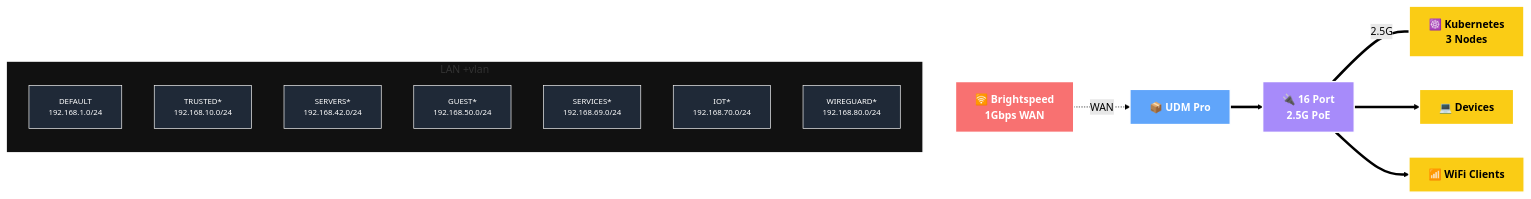
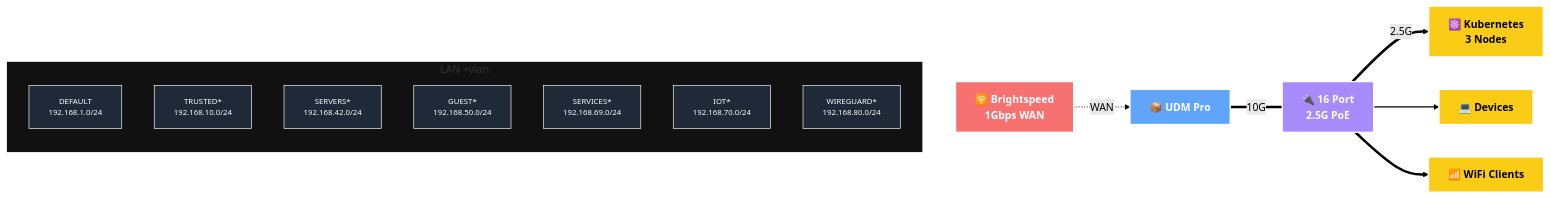
The second of 2 diagrams in README.md (caycehouse/home-ops), drawn with Mermaid (forest theme) before and after one commit. The commit also changed other lines of this file, not shown here.

````diff
--- a/README.md
+++ b/README.md
@@ -100,47 +100,46 @@
 ```mermaid
 graph LR
     %% Class Definitions
     classDef isp fill:#f87171,stroke:#fff,stroke-width:2px,color:#fff,font-weight:bold;
     classDef core fill:#60a5fa,stroke:#fff,stroke-width:2px,color:#fff,font-weight:bold;
     classDef switch fill:#a78bfa,stroke:#fff,stroke-width:2px,color:#fff,font-weight:bold;
     classDef device fill:#facc15,stroke:#fff,stroke-width:2px,color:#000,font-weight:bold;
     classDef vlan fill:#1f2937,stroke:#fff,stroke-width:1px,color:#fff,font-size:12px;
 
     %% Nodes
     ISP[🛜 Brightspeed<br/>1Gbps WAN]:::isp
     UDM[📦 UDM Pro]:::core
     K8s[☸️ Kubernetes<br/>3 Nodes]:::device
     USW[🔌 16 Port<br/>2.5G PoE]:::switch
     DEV[💻 Devices]:::device
     WIFI[📶 WiFi Clients]:::device
 
     %% Subgraph for VLANs
     subgraph VLANs [LAN +vlan]
         direction TB
         DEFAULT[DEFAULT<br/>192.168.1.0/24]:::vlan
         TRUSTED[TRUSTED*<br/>192.168.10.0/24]:::vlan
         SERVERS[SERVERS*<br/>192.168.42.0/24]:::vlan
         GUEST[GUEST*<br/>192.168.50.0/24]:::vlan
         SERVICES[SERVICES*<br/>192.168.69.0/24]:::vlan
         IOT[IOT*<br/>192.168.70.0/24]:::vlan
         WIREGUARD[WIREGUARD*<br/>192.168.80.0/24]:::vlan
     end
 
     style VLANs fill:#111,stroke:#fff,stroke-width:2px,rx:0,ry:0,padding:20px;
 
     %% Links
     SERVERS -.-> ISP
     ISP -.->|WAN| UDM
-    UDM --> USW
-    USW -- 2.5G --- K8s
+    UDM -- 10G --- USW
+    USW -- 2.5G --> K8s
     USW --> DEV
     USW --> WIFI
 
     %% Keep SERVERS->ISP as a hidden layout constraint and style bonded links thicker
     linkStyle 0 stroke:transparent,stroke-width:0px,color:transparent;
-    linkStyle 2 stroke-width:4px,stroke:34d399;
-    linkStyle 3 stroke-width:4px,stroke:34d399;
-    linkStyle 4 stroke-width:4px,stroke:34d399;
-    linkStyle 5 stroke-width:4px,stroke:34d399;
-
+    linkStyle 2 stroke-width:4px;
+    linkStyle 3 stroke-width:4px;
+    linkStyle 4 stroke-width:2px;
+    linkStyle 5 stroke-width:4px;
 ```
````
